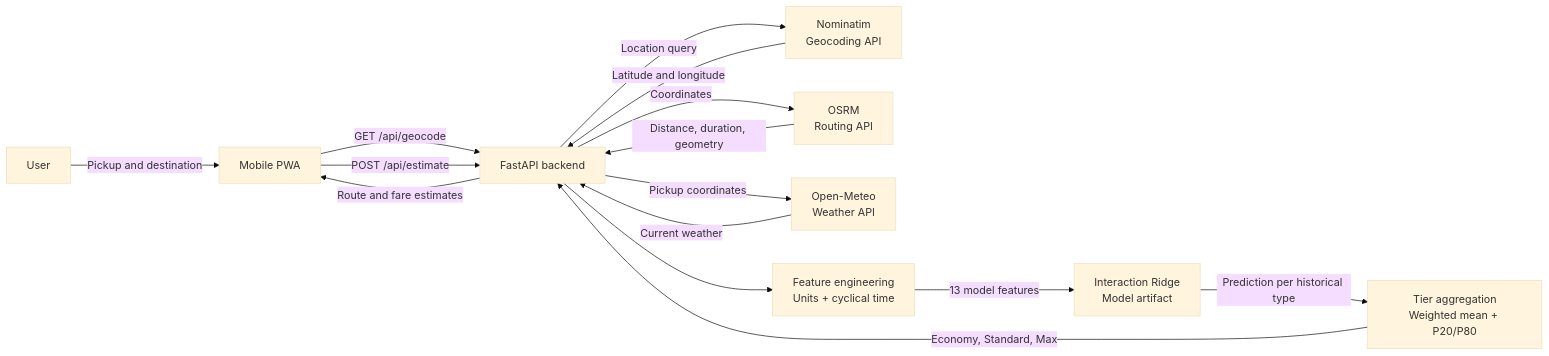
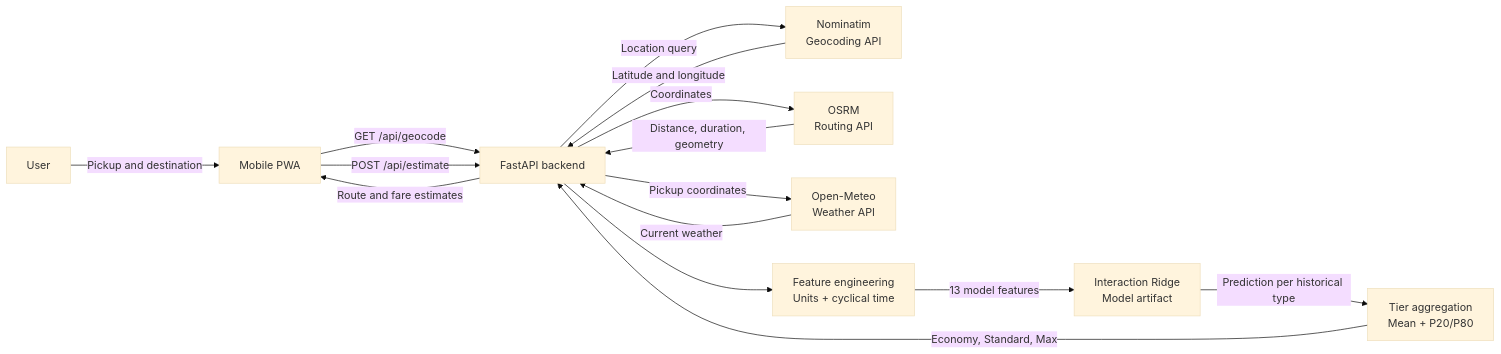
Before and after one commit to zzeiidann/Grabiez: the diagram in README.md, drawn with Mermaid (base theme). The commit also changed other lines of this file and 5 other files, not shown here.

Commit message:
refactor: use uniform mean for service tier pricing

````diff
--- a/README.md
+++ b/README.md
@@ -59,27 +59,27 @@
 ```mermaid
 flowchart LR
     User[User]
     Web[Mobile PWA]
     API[FastAPI backend]
     Geo[Nominatim<br/>Geocoding API]
     Route[OSRM<br/>Routing API]
     Weather[Open-Meteo<br/>Weather API]
     FE[Feature engineering<br/>Units + cyclical time]
     Model[Interaction Ridge<br/>Model artifact]
-    Aggregate[Tier aggregation<br/>Weighted mean + P20/P80]
+    Aggregate[Tier aggregation<br/>Mean + P20/P80]
 
     User -->|Pickup and destination| Web
     Web -->|GET /api/geocode| API
     API -->|Location query| Geo
     Geo -->|Latitude and longitude| API
     Web -->|POST /api/estimate| API
     API -->|Coordinates| Route
     Route -->|Distance, duration, geometry| API
     API -->|Pickup coordinates| Weather
     Weather -->|Current weather| API
     API --> FE
     FE -->|13 model features| Model
     Model -->|Prediction per historical type| Aggregate
     Aggregate -->|Economy, Standard, Max| API
     API -->|Route and fare estimates| Web
 ```
````
